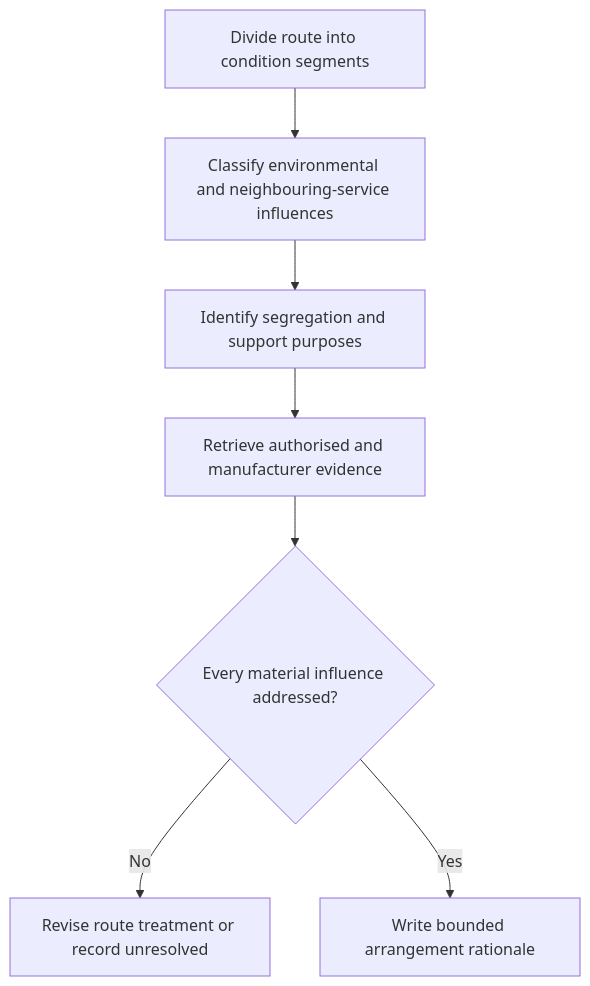
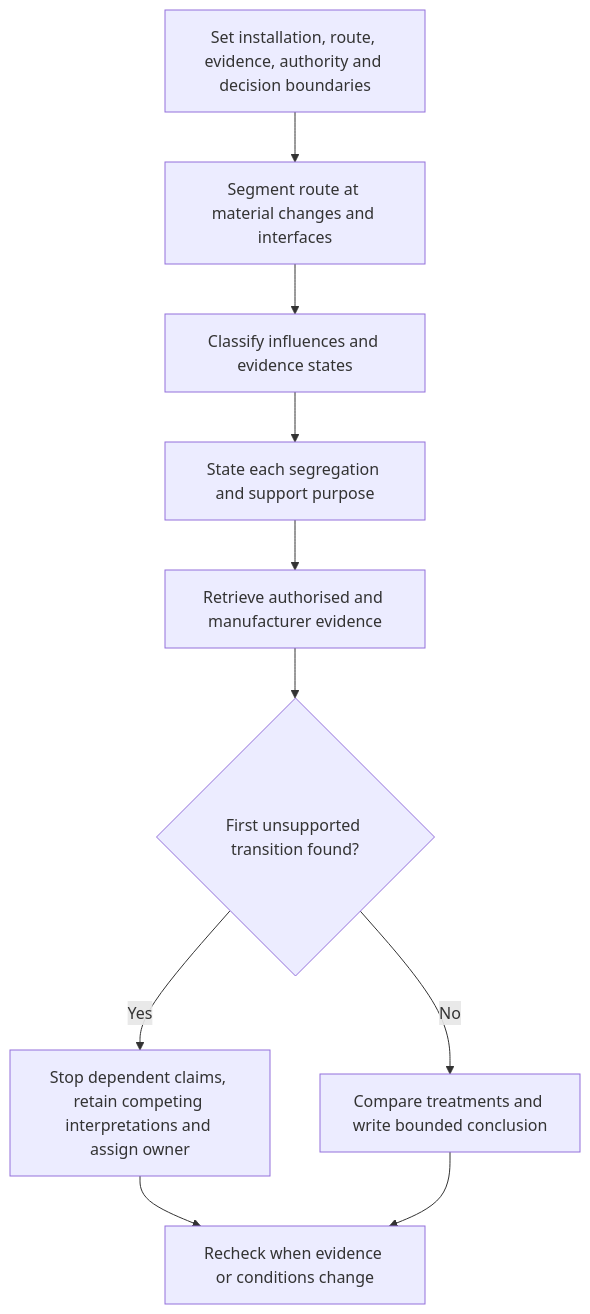
Before and after one commit to andrew3stedall/capstone: the first of 2 diagrams in docs/learning-plans/12-week/modules/day-44-environmental-influences-segregation-and-support-concepts.md, drawn with Mermaid. The commit also changed other lines of this file and 3 other files, not shown here.

Commit message:
Improve Day 44 environmental influences module

````diff
--- a/docs/learning-plans/12-week/modules/day-44-environmental-influences-segregation-and-support-concepts.md
+++ b/docs/learning-plans/12-week/modules/day-44-environmental-influences-segregation-and-support-concepts.md
@@ -61,9 +101,12 @@
 ```mermaid
 flowchart TD
- A[Divide route into condition segments] --> B[Classify environmental and neighbouring-service influences]
- B --> C[Identify segregation and support purposes]
- C --> D[Retrieve authorised and manufacturer evidence]
- D --> E{Every material influence addressed?}
- E -->|No| F[Revise route treatment or record unresolved]
- E -->|Yes| G[Write bounded arrangement rationale]
+  A[Set installation, route, evidence, authority and decision boundaries] --> B[Segment route at material changes and interfaces]
+  B --> C[Classify influences and evidence states]
+  C --> D[State each segregation and support purpose]
+  D --> E[Retrieve authorised and manufacturer evidence]
+  E --> F{First unsupported transition found?}
+  F -->|Yes| G[Stop dependent claims, retain competing interpretations and assign owner]
+  F -->|No| H[Compare treatments and write bounded conclusion]
+  G --> I[Recheck when evidence or conditions change]
+  H --> I
 ```
````
